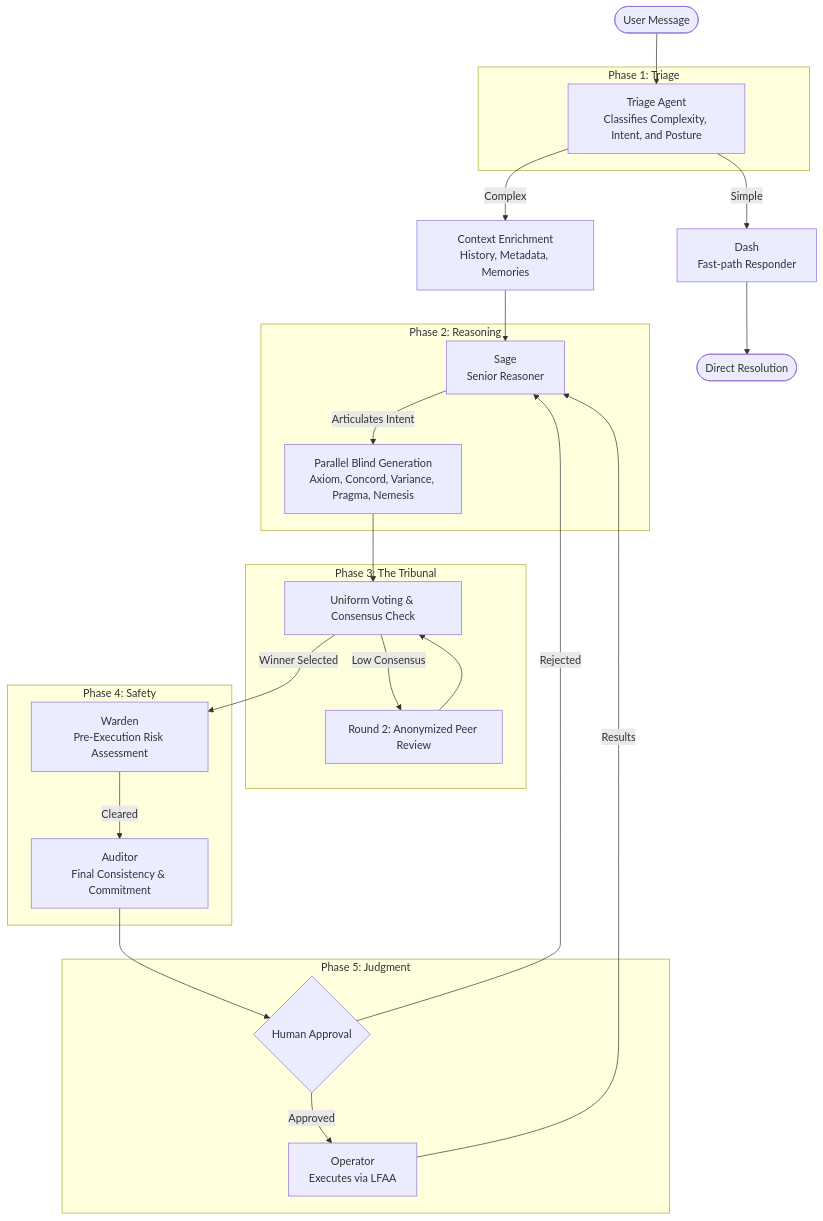
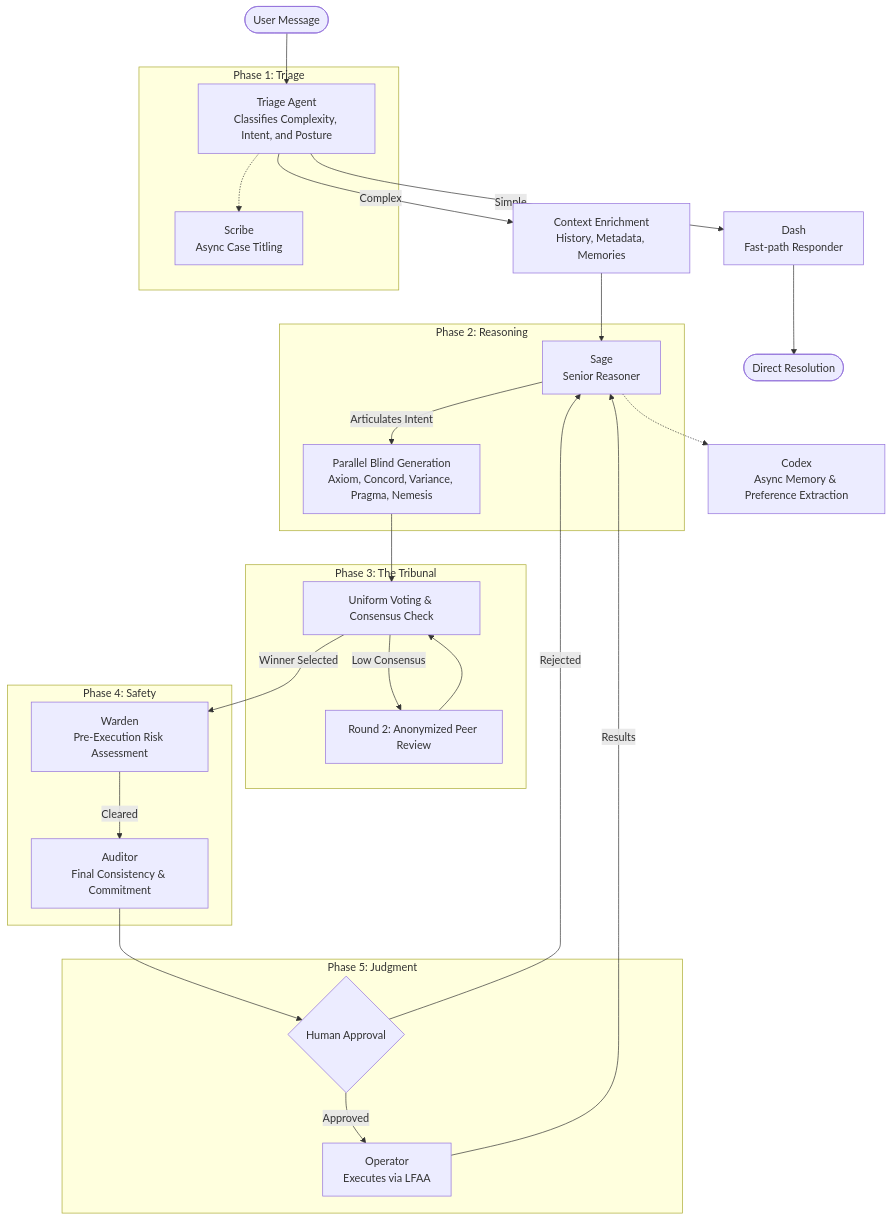
One commit to g8e-ai/g8e changed the first of 2 diagrams in README.md. Above: the diagram before and after it, drawn with Mermaid. The commit also changed other lines of this file and 13 other files, not shown here.

````diff
--- a/README.md
+++ b/README.md
@@ -53,41 +53,46 @@
 ```mermaid
 flowchart TD
     User([User Message]) --> Triage
 
     subgraph Phase_1 [Phase 1: Triage]
         Triage[Triage Agent<br>Classifies Complexity, Intent, and Posture]
+        Scribe[Scribe<br>Async Case Titling]
+        Triage -.-> Scribe
     end
 
     Triage -- "Simple" --> Dash[Dash<br>Fast-path Responder]
     Dash --> Output([Direct Resolution])
 
     Triage -- "Complex" --> Context[Context Enrichment<br>History, Metadata, Memories]
     Context --> Sage[Sage<br>Senior Reasoner]
+
+    Codex[Codex<br>Async Memory & Preference Extraction]
+    Sage -.-> Codex
 
     subgraph Phase_2 [Phase 2: Reasoning]
         Sage -- "Articulates Intent" --> Tribunal
     end
 
     subgraph Phase_3 [Phase 3: The Tribunal]
         Tribunal[Parallel Blind Generation<br>Axiom, Concord, Variance, Pragma, Nemesis]
         Tribunal --> Consensus[Uniform Voting & Consensus Check]
         Consensus -- "Low Consensus" --> R2[Round 2: Anonymized Peer Review]
         R2 --> Consensus
     end
 
     Consensus -- "Winner Selected" --> Warden
 
     subgraph Phase_4 [Phase 4: Safety]
         Warden[Warden<br>Pre-Execution Risk Assessment]
         Warden -- "Cleared" --> Auditor
     end
 
     subgraph Phase_5 [Phase 5: Judgment]
         Auditor[Auditor<br>Final Consistency & Commitment]
         Auditor --> Human{Human Approval}
         Human -- "Approved" --> Operator[Operator<br>Executes via LFAA]
         Operator -- "Results" --> Sage
     end
 
     Human -- "Rejected" --> Sage
 ```
````
